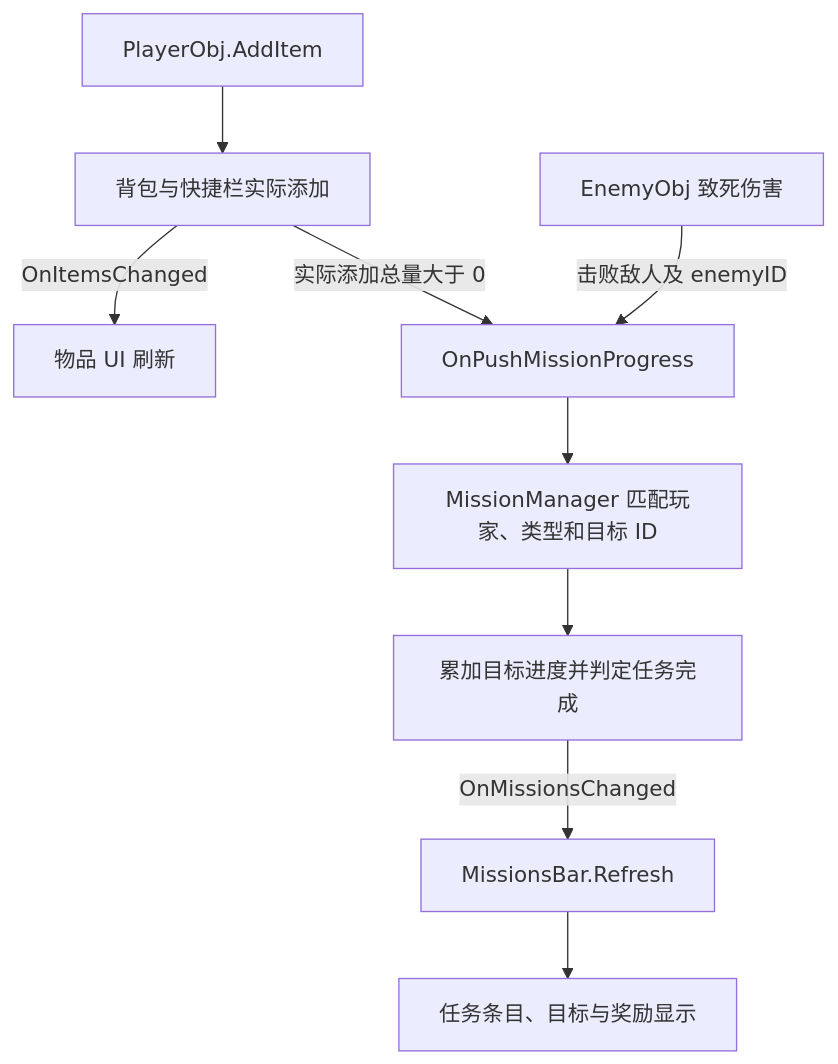
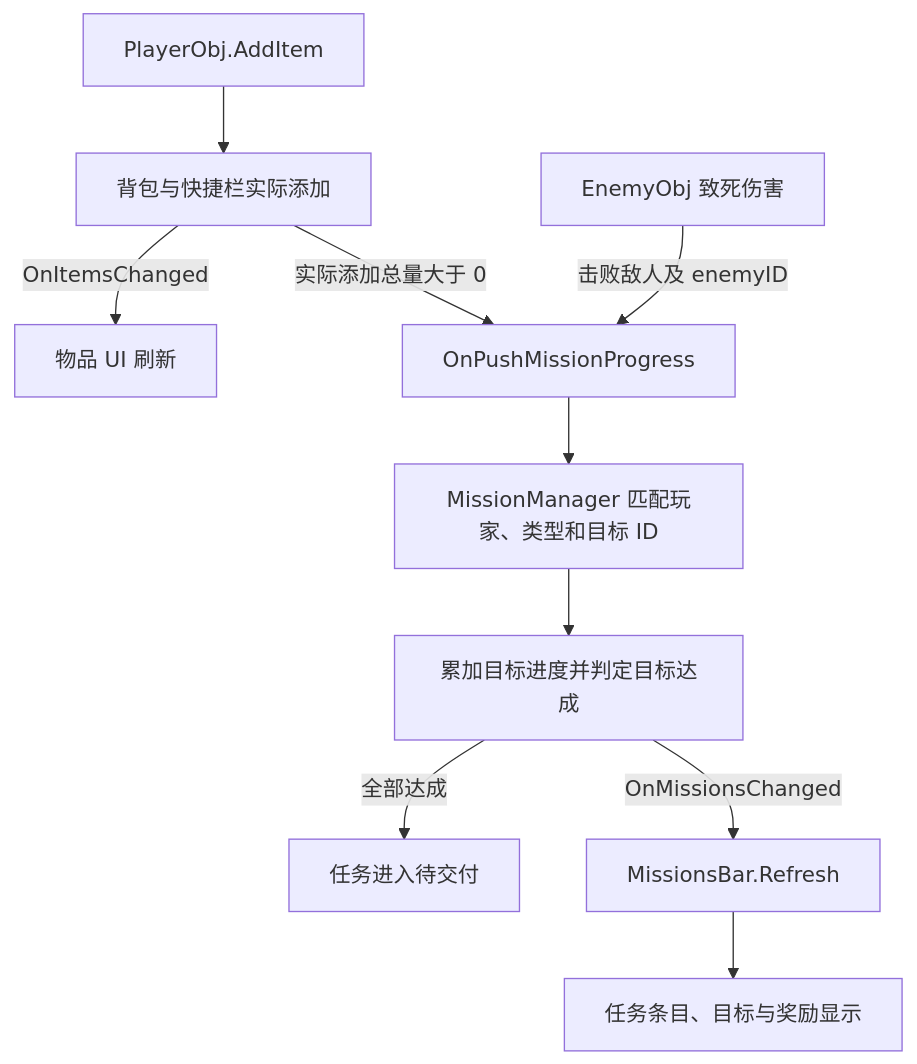
Before and after one commit to lphahapl/ShimmeringChronicle: the fourth of 4 diagrams in README.md, drawn with Mermaid. The commit also changed other lines of this file and 241 other files, not shown here.

````diff
--- a/README.md
+++ b/README.md
@@ -401,11 +454,12 @@
 ```mermaid
 flowchart TD
     A[PlayerObj.AddItem] --> B[背包与快捷栏实际添加]
     B -->|OnItemsChanged| C[物品 UI 刷新]
     B -->|实际添加总量大于 0| D[OnPushMissionProgress]
     E[EnemyObj 致死伤害] -->|击败敌人及 enemyID| D
     D --> F[MissionManager 匹配玩家、类型和目标 ID]
-    F --> G[累加目标进度并判定任务完成]
+    F --> G[累加目标进度并判定目标达成]
+    G -->|全部达成| J[任务进入待交付]
     G -->|OnMissionsChanged| H[MissionsBar.Refresh]
     H --> I[任务条目、目标与奖励显示]
 ```
````
